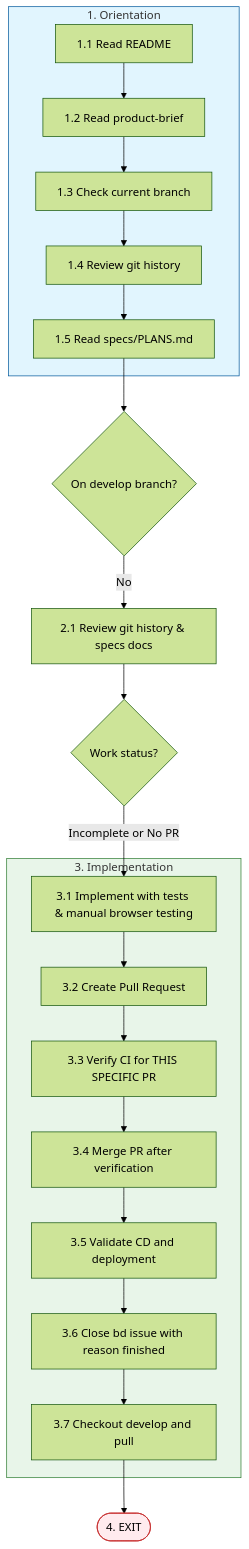
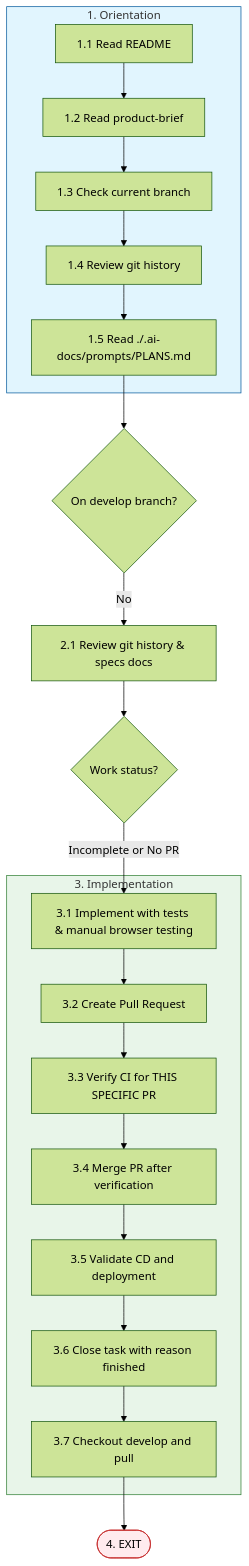
The diagram in .ralph/workflows/01-feature-branch-incomplete.md (htxryan/ralph-tui), drawn with Mermaid (forest theme) before and after one commit. The commit also changed other lines of this file and 22 other files, not shown here.

````diff
--- a/.ralph/workflows/01-feature-branch-incomplete.md
+++ b/.ralph/workflows/01-feature-branch-incomplete.md
@@ -7,33 +7,33 @@
 ```mermaid
 flowchart TD
     subgraph orientation[1. Orientation]
         A1[1.1 Read README]
         A2[1.2 Read product-brief]
         A3[1.3 Check current branch]
         A4[1.4 Review git history]
-        A5[1.5 Read specs/PLANS.md]
+        A5[1.5 Read ./.ai-docs/prompts/PLANS.md]
         A1 --> A2 --> A3 --> A4 --> A5
     end
 
     A5 --> B{On develop branch?}
     B -->|No| B1[2.1 Review git history & specs docs]
     B1 --> B2{Work status?}
     B2 -->|Incomplete or No PR| C1
 
     subgraph implementation[3. Implementation]
         C1[3.1 Implement with tests & manual browser testing]
         C2[3.2 Create Pull Request]
         C3[3.3 Verify CI for THIS SPECIFIC PR]
         C4[3.4 Merge PR after verification]
         C5[3.5 Validate CD and deployment]
-        C6[3.6 Close bd issue with reason finished]
+        C6[3.6 Close task with reason finished]
         C7[3.7 Checkout develop and pull]
         C1 --> C2 --> C3 --> C4 --> C5 --> C6 --> C7
     end
 
     C7 --> FINISH([4. EXIT])
 
     style orientation fill:#e1f5fe,stroke:#01579b
     style implementation fill:#e8f5e9,stroke:#2e7d32
     style FINISH fill:#ffebee,stroke:#c62828
 ```
````
